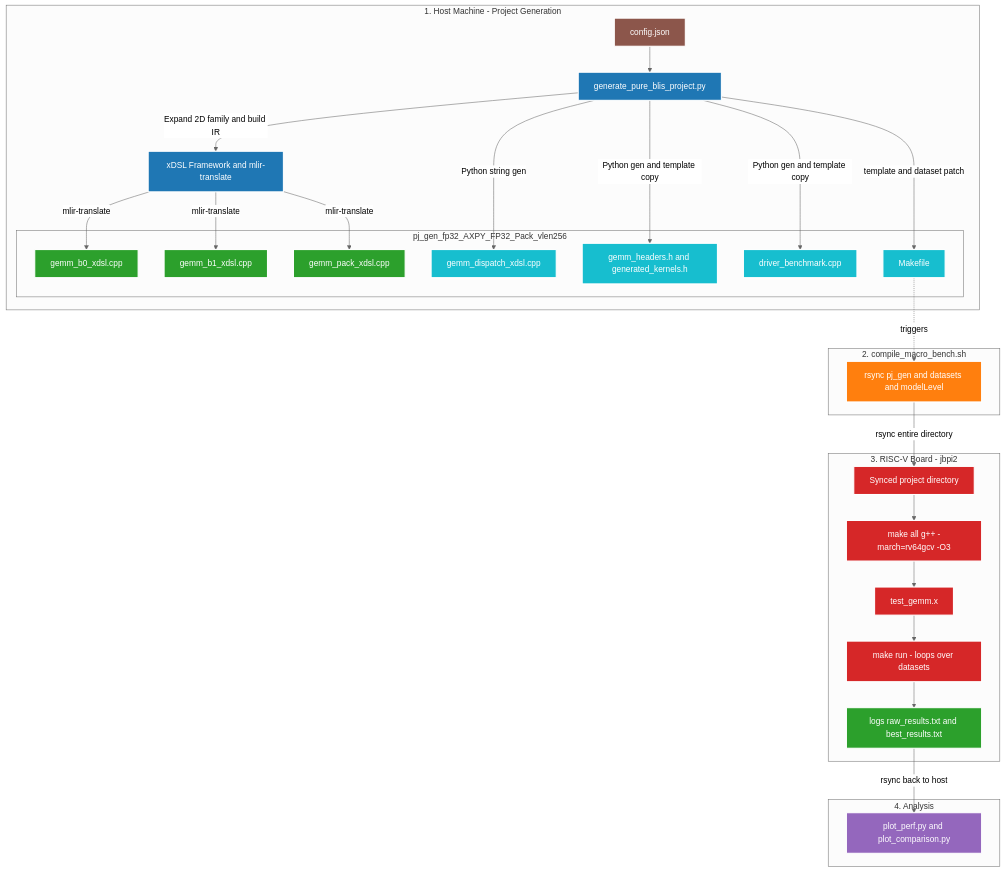
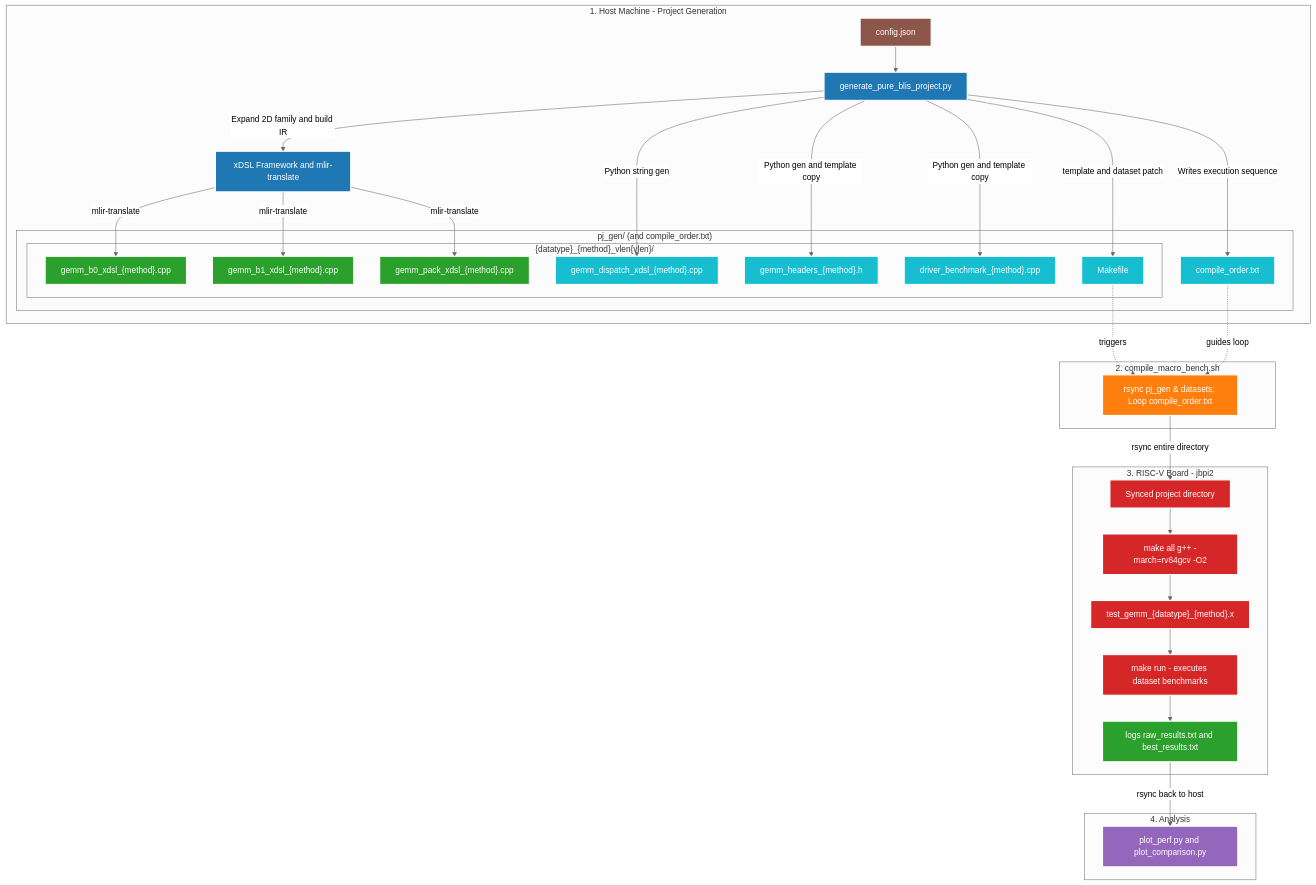
Before and after one commit to JieGH/RVV_code_gen_via_MLIR_xDSL: the diagram in tests/pure_xdsl_blis_rvv/xdsl_fp32axby_blis_implementation_report.md, drawn with Mermaid (neutral theme). The commit also changed other lines of this file and 48779 other files, not shown here.

````diff
--- a/tests/pure_xdsl_blis_rvv/xdsl_fp32axby_blis_implementation_report.md
+++ b/tests/pure_xdsl_blis_rvv/xdsl_fp32axby_blis_implementation_report.md
@@ -494,60 +496,65 @@
 ```mermaid
 graph TD
     classDef generator fill:#1f77b4,stroke:#fff,stroke-width:2px,color:#fff;
     classDef output fill:#2ca02c,stroke:#fff,stroke-width:2px,color:#fff;
     classDef pyout fill:#17becf,stroke:#fff,stroke-width:2px,color:#fff;
     classDef orchestrator fill:#ff7f0e,stroke:#fff,stroke-width:2px,color:#fff;
     classDef target fill:#d62728,stroke:#fff,stroke-width:2px,color:#fff;
     classDef plot fill:#9467bd,stroke:#fff,stroke-width:2px,color:#fff;
     classDef config fill:#8c564b,stroke:#fff,stroke-width:2px,color:#fff;
 
     subgraph "1. Host Machine - Project Generation"
         CFG["config.json"]:::config
         M1["generate_pure_blis_project.py"]:::generator
         CFG --> M1
 
         XDSL["xDSL Framework and mlir-translate"]:::generator
         M1 -->|Expand 2D family and build IR| XDSL
 
-        subgraph "pj_gen_fp32_AXPY_FP32_Pack_vlen256"
-            C1["gemm_b0_xdsl.cpp"]:::output
-            C2["gemm_b1_xdsl.cpp"]:::output
-            C3["gemm_pack_xdsl.cpp"]:::output
-            C4["gemm_dispatch_xdsl.cpp"]:::pyout
-            HDR["gemm_headers.h and generated_kernels.h"]:::pyout
-            DRV["driver_benchmark.cpp"]:::pyout
-            MK["Makefile"]:::pyout
+        subgraph "pj_gen/ (and compile_order.txt)"
+            ORDER["compile_order.txt"]:::pyout
+            subgraph "{datatype}_{method}_vlen{vlen}/"
+                C1["gemm_b0_xdsl_{method}.cpp"]:::output
+                C2["gemm_b1_xdsl_{method}.cpp"]:::output
+                C3["gemm_pack_xdsl_{method}.cpp"]:::output
+                C4["gemm_dispatch_xdsl_{method}.cpp"]:::pyout
+                HDR["gemm_headers_{method}.h"]:::pyout
+                DRV["driver_benchmark_{method}.cpp"]:::pyout
+                MK["Makefile"]:::pyout
+            end
         end
+        M1 -->|Writes execution sequence| ORDER
         XDSL -->|mlir-translate| C1
         XDSL -->|mlir-translate| C2
         XDSL -->|mlir-translate| C3
         M1 -->|Python string gen| C4
         M1 -->|Python gen and template copy| HDR
         M1 -->|Python gen and template copy| DRV
         M1 -->|template and dataset patch| MK
     end
 
     subgraph "2. compile_macro_bench.sh"
-        BASH["rsync pj_gen and datasets and modelLevel"]:::orchestrator
+        BASH["rsync pj_gen & datasets; Loop compile_order.txt"]:::orchestrator
     end
 
     subgraph "3. RISC-V Board - jbpi2"
         DIR["Synced project directory"]:::target
-        MAKE_ALL["make all g++ -march=rv64gcv -O3"]:::target
-        BIN["test_gemm.x"]:::target
-        RUN["make run - loops over datasets"]:::target
+        MAKE_ALL["make all g++ -march=rv64gcv -O2"]:::target
+        BIN["test_gemm_{datatype}_{method}.x"]:::target
+        RUN["make run - executes dataset benchmarks"]:::target
         LOGS["logs raw_results.txt and best_results.txt"]:::output
     end
 
     subgraph "4. Analysis"
         PLOT["plot_perf.py and plot_comparison.py"]:::plot
     end
 
     MK -.->|triggers| BASH
+    ORDER -.->|guides loop| BASH
     BASH -->|rsync entire directory| DIR
     DIR --> MAKE_ALL
     MAKE_ALL --> BIN
     BIN --> RUN
     RUN --> LOGS
     LOGS -->|rsync back to host| PLOT
 ```
````
